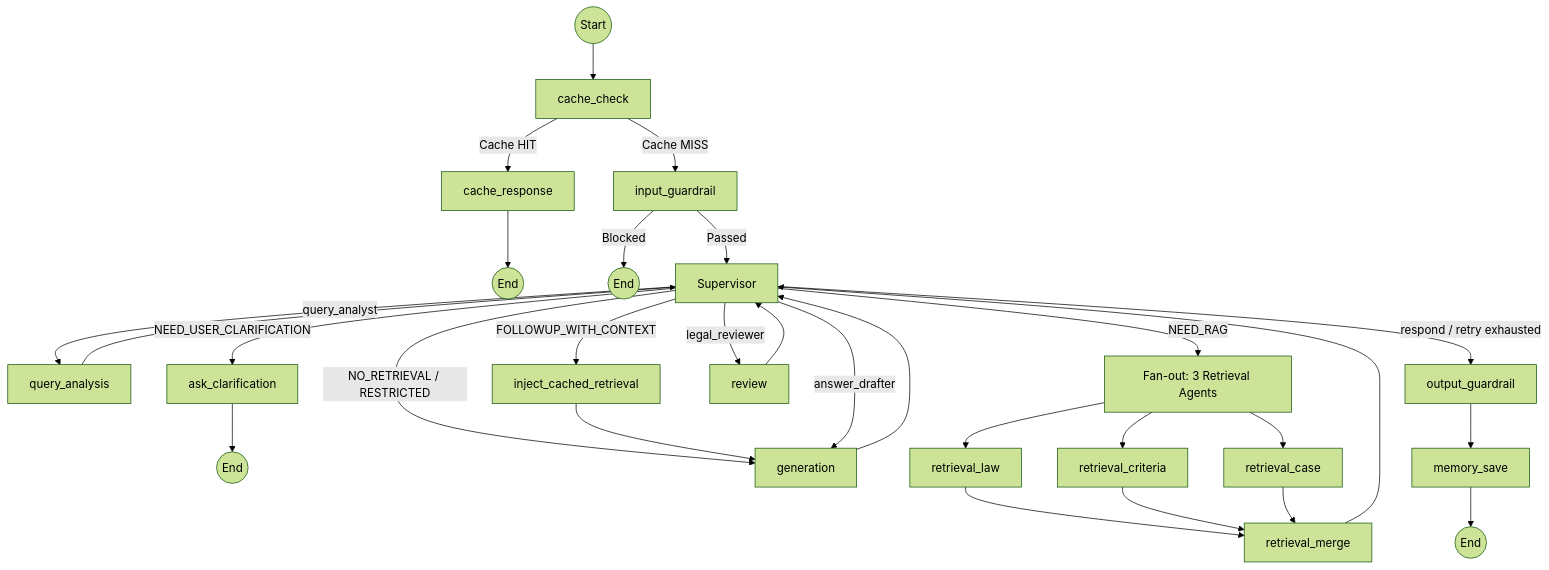
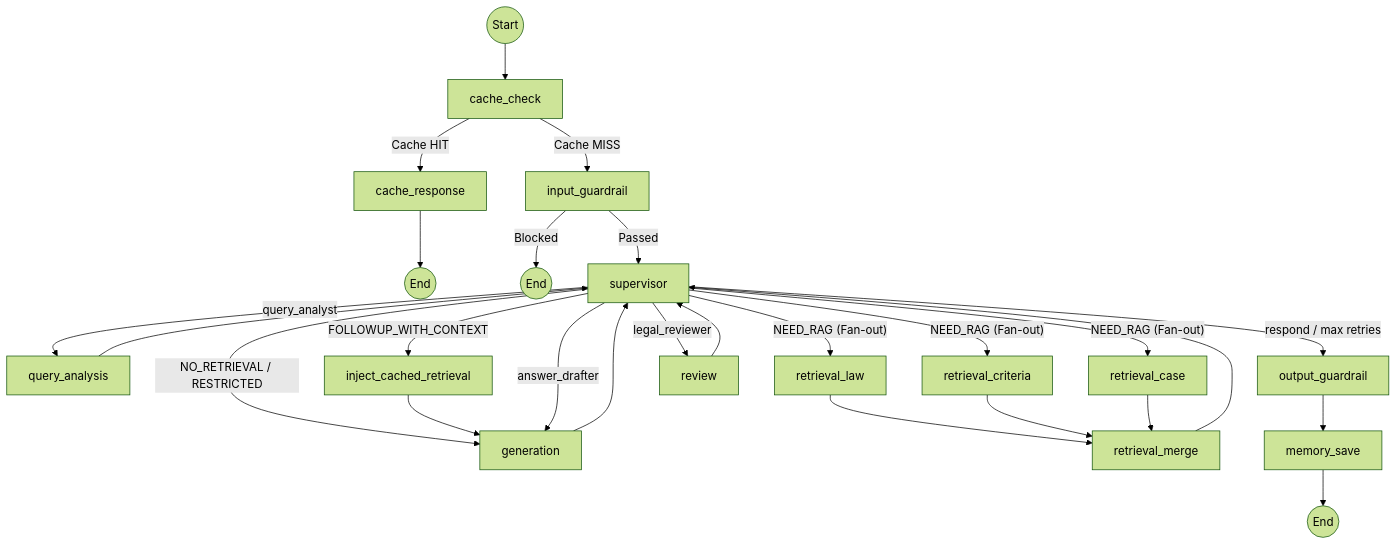
Before and after one commit to Maroco0109/Ddoksori: the diagram in backend/app/supervisor/README.md, drawn with Mermaid (forest theme). The commit also changed other lines of this file and 4 other files, not shown here.

````diff
--- a/backend/app/supervisor/README.md
+++ b/backend/app/supervisor/README.md
@@ -108,46 +96,41 @@
 ```mermaid
 flowchart TD
     Start((Start)) --> cache_check[cache_check]
 
     cache_check -- "Cache HIT" --> cache_response[cache_response]
     cache_response --> End1((End))
 
     cache_check -- "Cache MISS" --> input_guardrail[input_guardrail]
 
     input_guardrail -- "Blocked" --> End2((End))
-    input_guardrail -- "Passed" --> supervisor[Supervisor]
+    input_guardrail -- "Passed" --> supervisor[supervisor]
 
     supervisor -- "query_analyst" --> query_analysis[query_analysis]
     query_analysis --> supervisor
 
-    supervisor -- "NEED_USER_CLARIFICATION" --> ask_clarification
-    ask_clarification --> End3((End))
-
     supervisor -- "NO_RETRIEVAL / RESTRICTED" --> generation[generation]
 
-    supervisor -- "NEED_RAG" --> retrieval_fan_out["Fan-out: 3 Retrieval Agents"]
-
-    retrieval_fan_out --> retrieval_law[retrieval_law]
-    retrieval_fan_out --> retrieval_criteria[retrieval_criteria]
-    retrieval_fan_out --> retrieval_case[retrieval_case]
+    supervisor -- "NEED_RAG (Fan-out)" --> retrieval_law[retrieval_law]
+    supervisor -- "NEED_RAG (Fan-out)" --> retrieval_criteria[retrieval_criteria]
+    supervisor -- "NEED_RAG (Fan-out)" --> retrieval_case[retrieval_case]
 
     retrieval_law --> retrieval_merge[retrieval_merge]
     retrieval_criteria --> retrieval_merge
     retrieval_case --> retrieval_merge
 
     retrieval_merge --> supervisor
 
     supervisor -- "FOLLOWUP_WITH_CONTEXT" --> inject_cached_retrieval[inject_cached_retrieval]
     inject_cached_retrieval --> generation
 
     supervisor -- "answer_drafter" --> generation
     generation --> supervisor
 
     supervisor -- "legal_reviewer" --> review[review]
     review --> supervisor
 
-    supervisor -- "respond / retry exhausted" --> output_guardrail[output_guardrail]
+    supervisor -- "respond / max retries" --> output_guardrail[output_guardrail]
 
     output_guardrail --> memory_save[memory_save]
-    memory_save --> End4((End))
+    memory_save --> End3((End))
 ```
````
